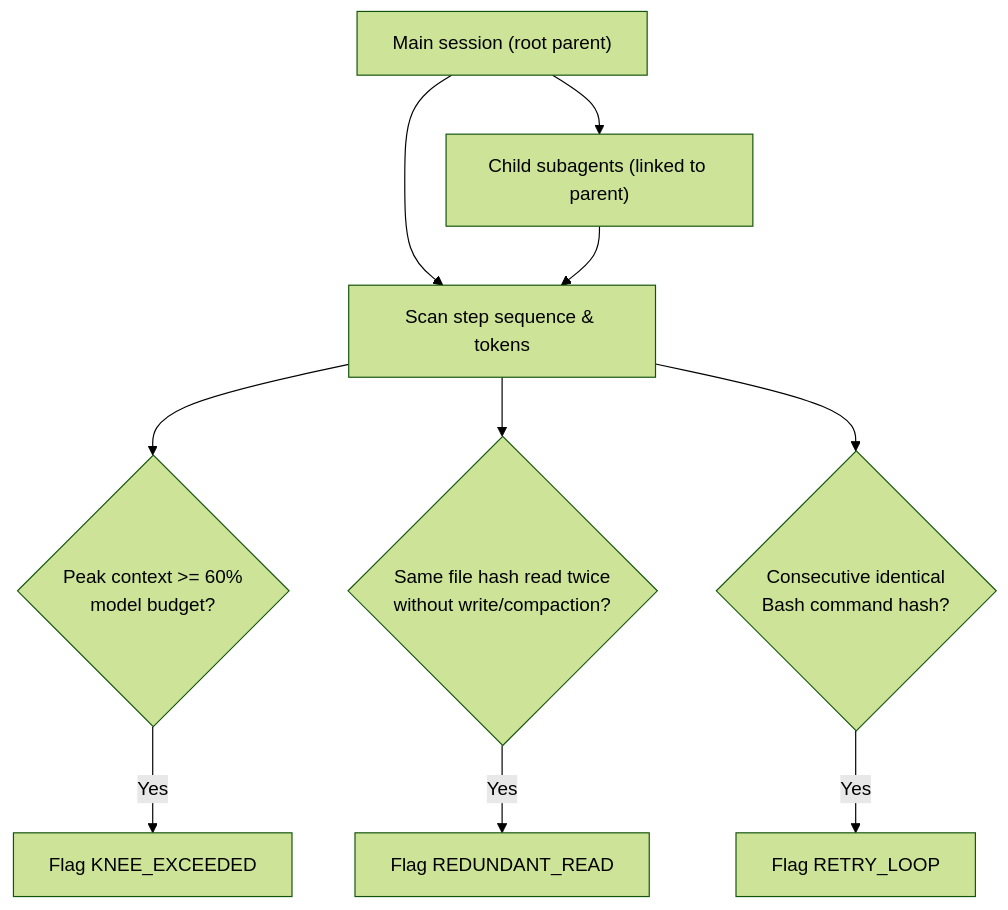
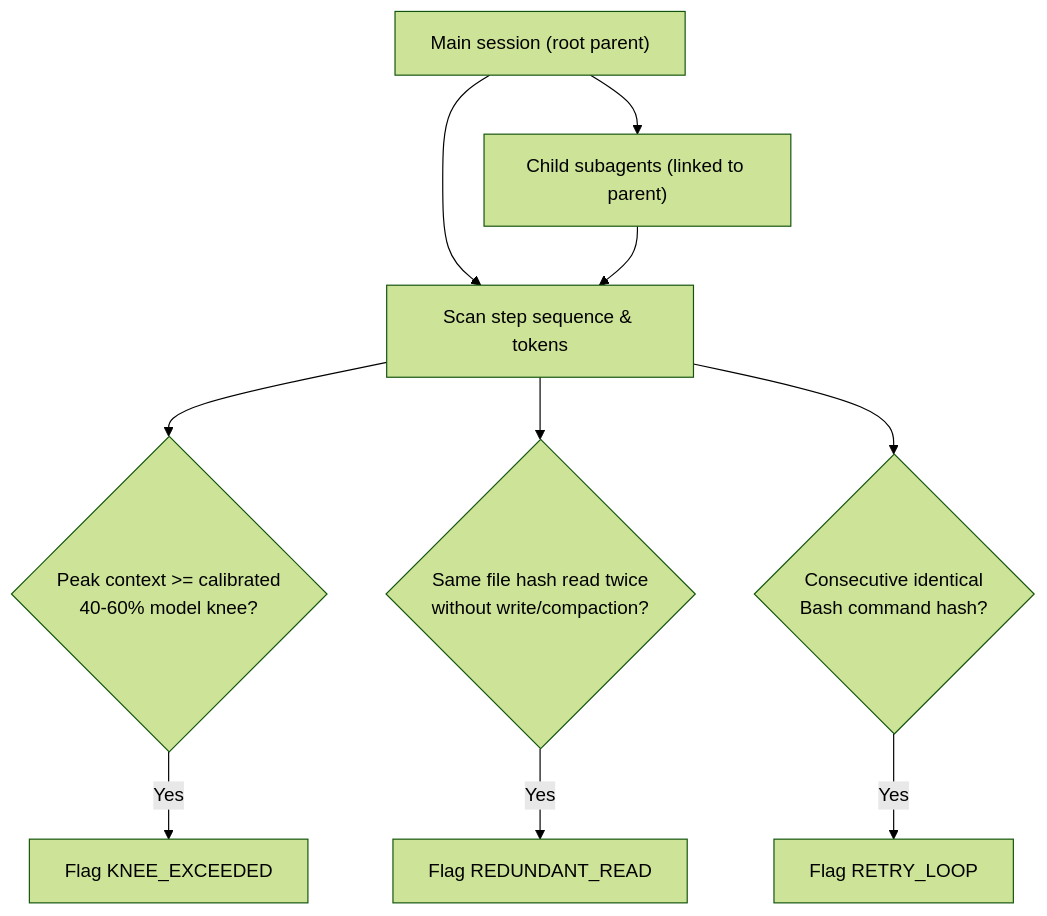
One commit to kesokaj/fyr changed the second of 2 diagrams in features/metrics-and-reports.md. Above: the diagram before and after it, drawn with Mermaid (forest theme). The commit also changed other lines of this file and 8 other files, not shown here.

````diff
--- a/features/metrics-and-reports.md
+++ b/features/metrics-and-reports.md
@@ -26,12 +26,12 @@
 ```mermaid
 flowchart TD
     rootSess["Main session (root parent)"] --> childSub["Child subagents (linked to parent)"]
     rootSess --> stepScan["Scan step sequence & tokens"]
     childSub --> stepScan
-    stepScan --> kneeCheck{"Peak context >= 60%\nmodel budget?"}
+    stepScan --> kneeCheck{"Peak context >= calibrated\n40-60% model knee?"}
     kneeCheck -- "Yes" --> anomKnee["Flag KNEE_EXCEEDED"]
     stepScan --> readCheck{"Same file hash read twice\nwithout write/compaction?"}
     readCheck -- "Yes" --> anomRead["Flag REDUNDANT_READ"]
     stepScan --> bashCheck{"Consecutive identical\nBash command hash?"}
     bashCheck -- "Yes" --> anomRetry["Flag RETRY_LOOP"]
 ```
````
